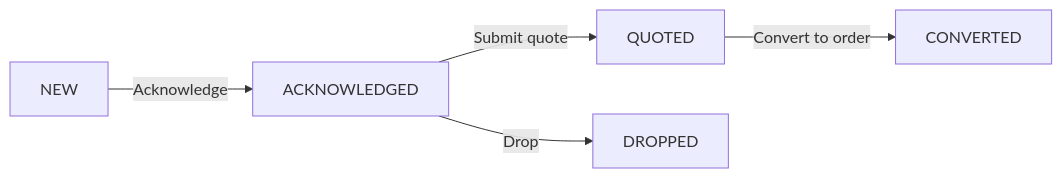
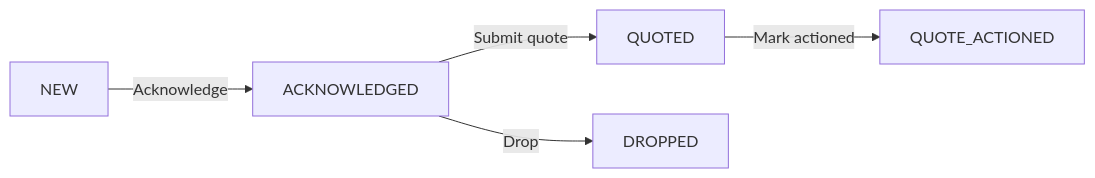
The diagram in docs/workflows/admin-quotes.md (arifmanasiya/heerawalla), drawn with Mermaid before and after one commit. The commit also changed 6 other files, not shown here.

````diff
--- a/docs/workflows/admin-quotes.md
+++ b/docs/workflows/admin-quotes.md
@@ -3,7 +3,7 @@
 ```mermaid
 flowchart LR
   NEW -- Acknowledge --> ACKNOWLEDGED
   ACKNOWLEDGED -- Submit quote --> QUOTED
   ACKNOWLEDGED -- Drop --> DROPPED
-  QUOTED -- Convert to order --> CONVERTED
+  QUOTED -- Mark actioned --> QUOTE_ACTIONED
 ```
````
